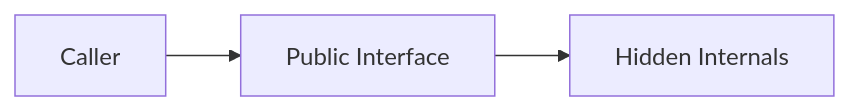
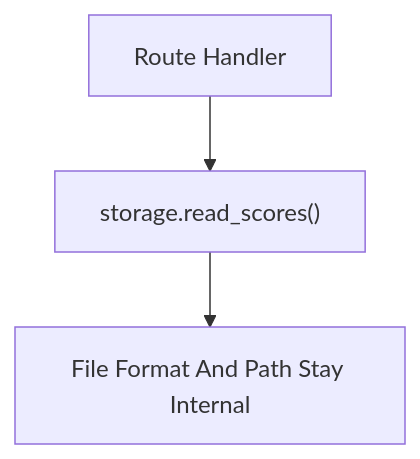
One commit to kentcs/software-engineering changed the seventh of 7 diagrams in docs/slides/lecture-16-design-principles-solid-and-modularity.md. Above: the diagram before and after it, drawn with Mermaid. The commit also changed other lines of this file and 9 other files, not shown here.

````diff
--- a/docs/slides/lecture-16-design-principles-solid-and-modularity.md
+++ b/docs/slides/lecture-16-design-principles-solid-and-modularity.md
@@ -652,5 +659,5 @@
 ```mermaid
-flowchart LR
-    caller[Caller] --> api[Public Interface]
-    api --> internals[Hidden Internals]
+flowchart TD
+    caller["Route Handler"] --> api["storage.read_scores()"]
+    api --> internals["File Format And Path Stay Internal"]
 ```
````
